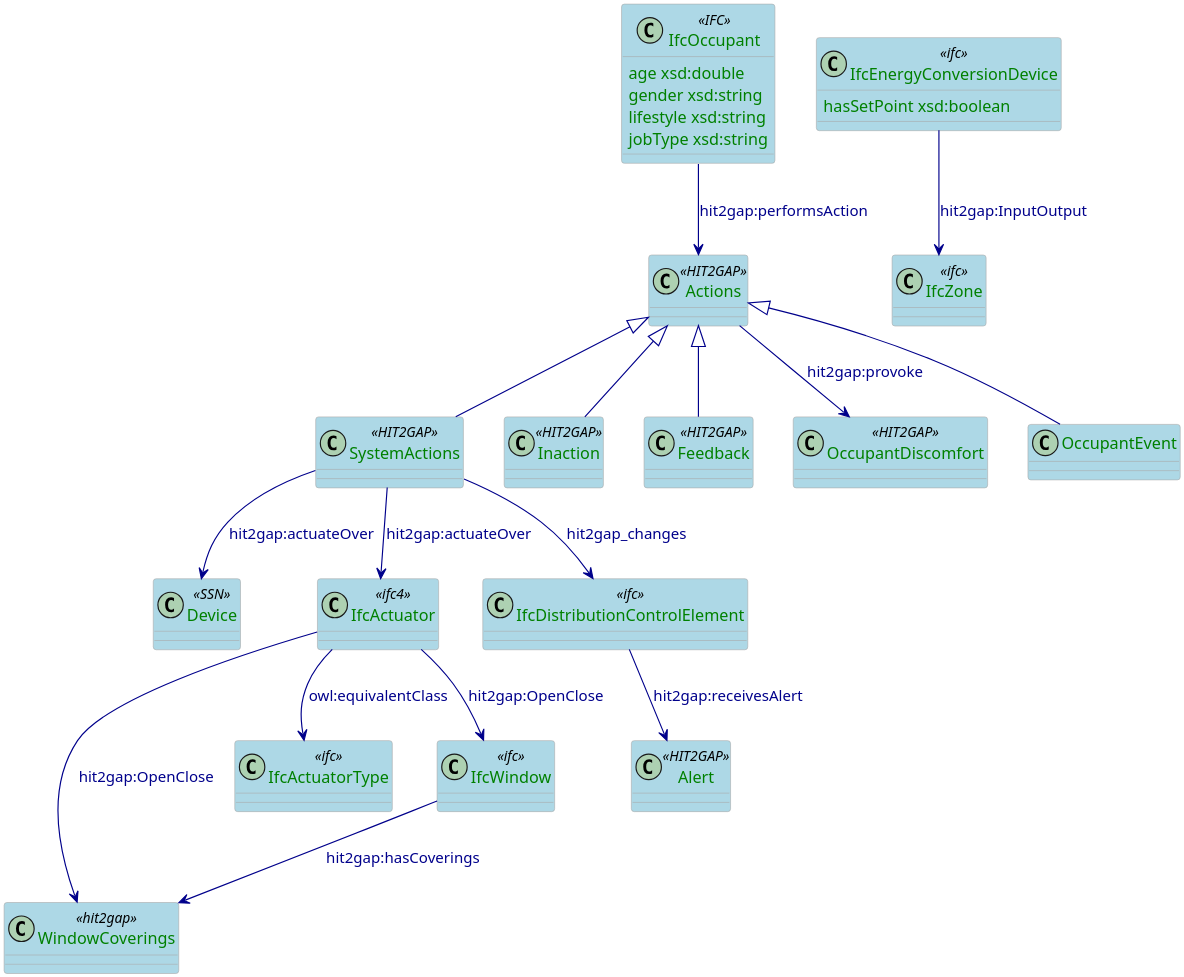
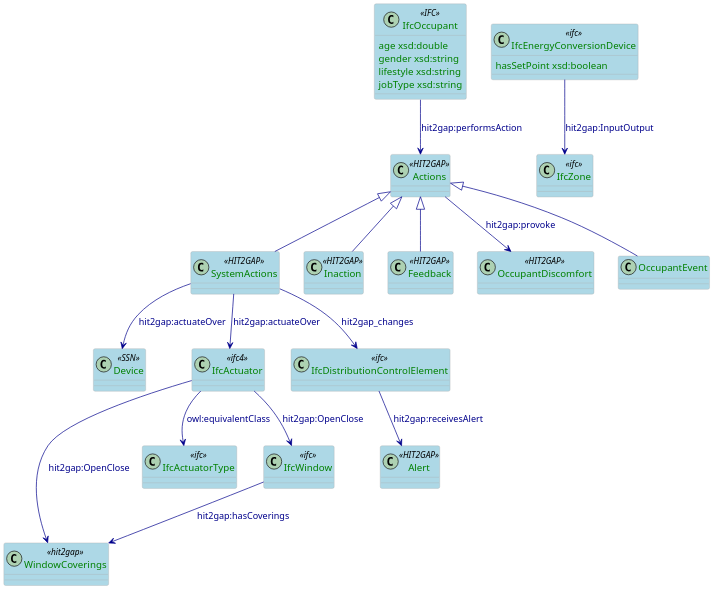
Before and after one commit to HIT2GAP-EU-PROJECT/BEMOnt: the diagram in docs/plantuml/ActionSpecification.puml, drawn with PlantUML. The commit also changed 12 other files, not shown here.

```diff
--- a/docs/plantuml/ActionSpecification.puml
+++ b/docs/plantuml/ActionSpecification.puml
@@ -1,84 +1,86 @@
 @startuml
+
+scale 0.6
 
 skinparam class {
   ArrowColor DarkBlue
   ArrowFontColor DarkBlue
   BackgroundColor LightBlue
   BorderColor DarkGrey
 }
 skinparam dpi 300
 skinparam stereotypeCBackgroundColor Wheat
 skinparam classAttributeFontColor  Green
 
 class Actions <<HIT2GAP>>{
 
 }
 
 class SystemActions<<HIT2GAP>>{
 
 }
 
 class Device <<SSN>>{
 
 }
 
 class Alert <<HIT2GAP>>{
 
 }
 
 class Inaction <<HIT2GAP>>{
 
 }
 
 class Feedback <<HIT2GAP>>{
 
 }
 
 
 class OccupantDiscomfort <<HIT2GAP>>{
 
 }
 
 class WindowCoverings <<hit2gap>> 
 
 
 class IfcActuator <<ifc4>>
 class IfcActuatorType <<ifc>>
 
 class IfcWindow <<ifc>>
 class IfcZone <<ifc>>
 
 class IfcDistributionControlElement <<ifc>>
 
 class IfcEnergyConversionDevice <<ifc>> {
   hasSetPoint xsd:boolean
 }
 
 class IfcOccupant <<IFC>>{
   age xsd:double
   gender xsd:string
   lifestyle xsd:string
   jobType xsd:string
 }
 
 Actions <|-- SystemActions
 Actions <|-- Inaction
 
 Actions <|-- Feedback
 Actions <|-- OccupantEvent
 
 Actions --> OccupantDiscomfort: hit2gap:provoke
 SystemActions --> IfcDistributionControlElement:hit2gap_changes
 IfcDistributionControlElement --> Alert: hit2gap:receivesAlert
 SystemActions --> Device: hit2gap:actuateOver
 SystemActions --> IfcActuator: hit2gap:actuateOver
 IfcOccupant --> Actions: hit2gap:performsAction
 IfcWindow --> WindowCoverings: hit2gap:hasCoverings
 IfcActuator --> IfcWindow: hit2gap:OpenClose
 IfcActuator --> WindowCoverings: hit2gap:OpenClose
 IfcEnergyConversionDevice --> IfcZone: hit2gap:InputOutput
 
 IfcActuator --> IfcActuatorType: owl:equivalentClass
 
 
 @enduml
```
